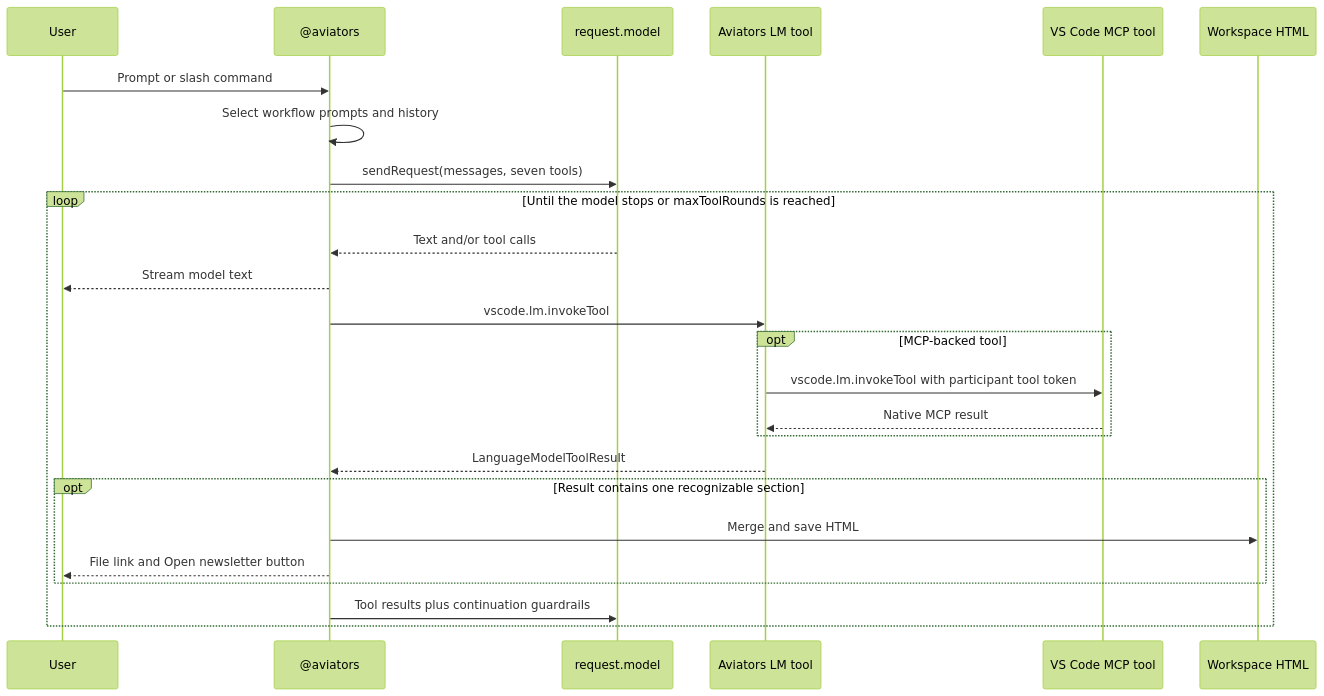
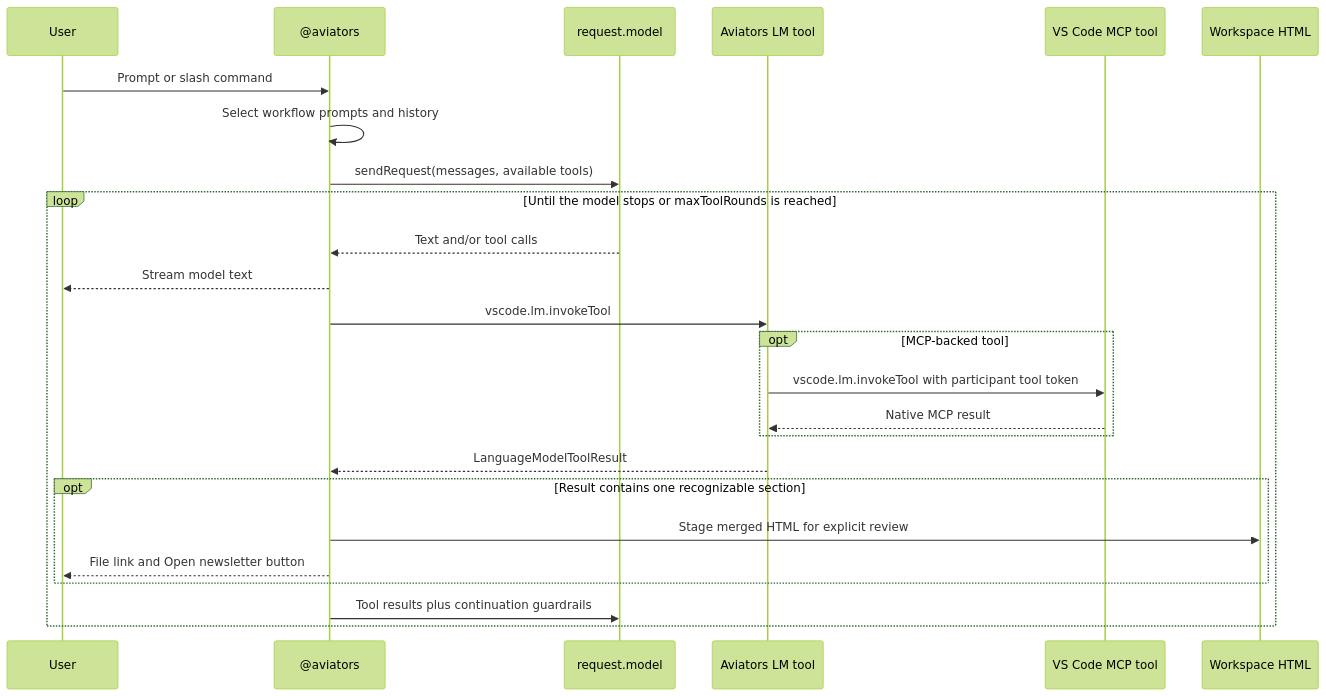
The second of 3 diagrams in ARCHITECTURE.md (wsilveiranz/aviators-code-agent), drawn with Mermaid (forest theme) before and after one commit. The commit also changed other lines of this file and 29 other files, not shown here.

````diff
--- a/ARCHITECTURE.md
+++ b/ARCHITECTURE.md
@@ -56,28 +78,28 @@
 ```mermaid
 sequenceDiagram
     participant User
     participant Chat as @aviators
     participant Model as request.model
     participant Tool as Aviators LM tool
     participant MCP as VS Code MCP tool
     participant File as Workspace HTML
 
     User->>Chat: Prompt or slash command
     Chat->>Chat: Select workflow prompts and history
-    Chat->>Model: sendRequest(messages, seven tools)
+    Chat->>Model: sendRequest(messages, available tools)
     loop Until the model stops or maxToolRounds is reached
         Model-->>Chat: Text and/or tool calls
         Chat-->>User: Stream model text
         Chat->>Tool: vscode.lm.invokeTool
         opt MCP-backed tool
             Tool->>MCP: vscode.lm.invokeTool with participant tool token
             MCP-->>Tool: Native MCP result
         end
         Tool-->>Chat: LanguageModelToolResult
         opt Result contains one recognizable section
-            Chat->>File: Merge and save HTML
+            Chat->>File: Stage merged HTML for explicit review
             Chat-->>User: File link and Open newsletter button
         end
         Chat->>Model: Tool results plus continuation guardrails
     end
 ```
````
